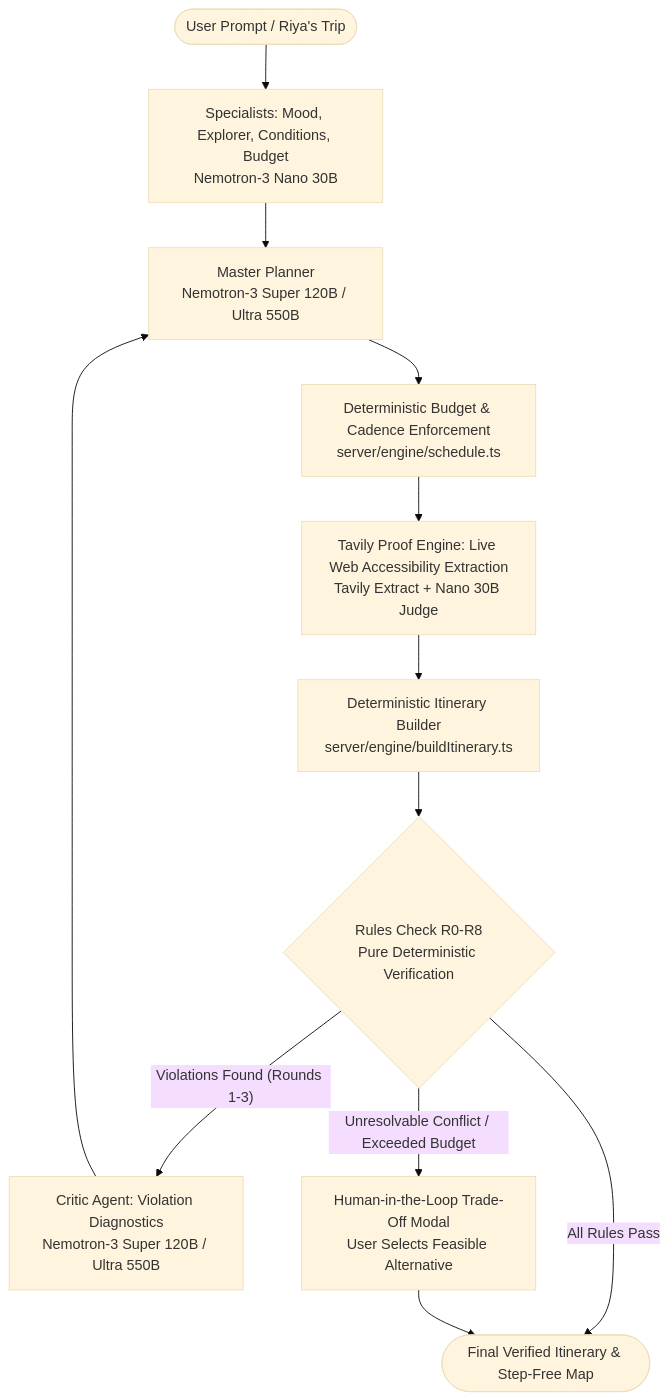
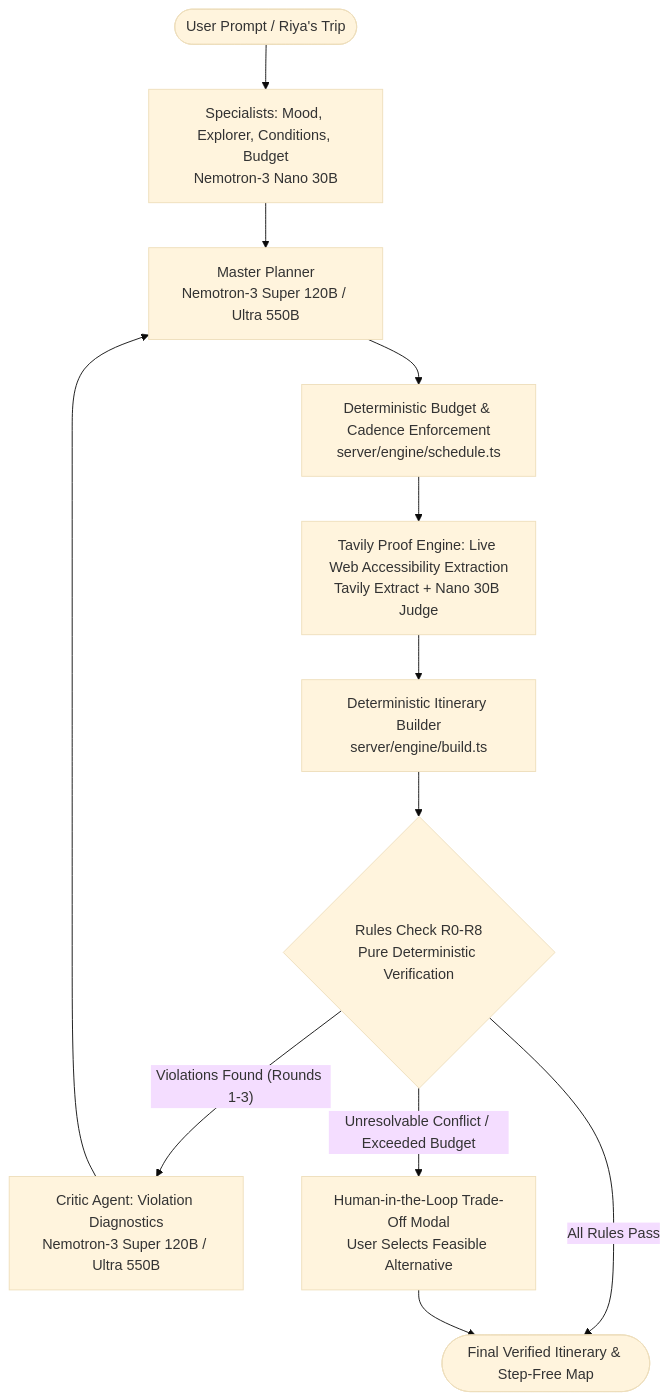
Before and after one commit to ParNet-commits/travelers: the diagram in README.md, drawn with Mermaid (base theme). The commit also changed other lines of this file and 1 other file, not shown here.

````diff
--- a/README.md
+++ b/README.md
@@ -26,14 +26,14 @@
 ```mermaid
 flowchart TD
     User([User Prompt / Riya's Trip]) --> Specialists[Specialists: Mood, Explorer, Conditions, Budget\nNemotron-3 Nano 30B]
     Specialists --> Planner[Master Planner\nNemotron-3 Super 120B / Ultra 550B]
     Planner --> Enforce[Deterministic Budget & Cadence Enforcement\nserver/engine/schedule.ts]
     Enforce --> Proof[Tavily Proof Engine: Live Web Accessibility Extraction\nTavily Extract + Nano 30B Judge]
-    Proof --> Build[Deterministic Itinerary Builder\nserver/engine/buildItinerary.ts]
+    Proof --> Build[Deterministic Itinerary Builder\nserver/engine/build.ts]
     Build --> Rules{Rules Check R0-R8\nPure Deterministic Verification}
     Rules -- "Violations Found (Rounds 1-3)" --> Critic[Critic Agent: Violation Diagnostics\nNemotron-3 Super 120B / Ultra 550B]
     Critic --> Planner
     Rules -- "All Rules Pass" --> Verified([Final Verified Itinerary & Step-Free Map])
     Rules -- "Unresolvable Conflict / Exceeded Budget" --> Human[Human-in-the-Loop Trade-Off Modal\nUser Selects Feasible Alternative]
     Human --> Verified
 ```
````
